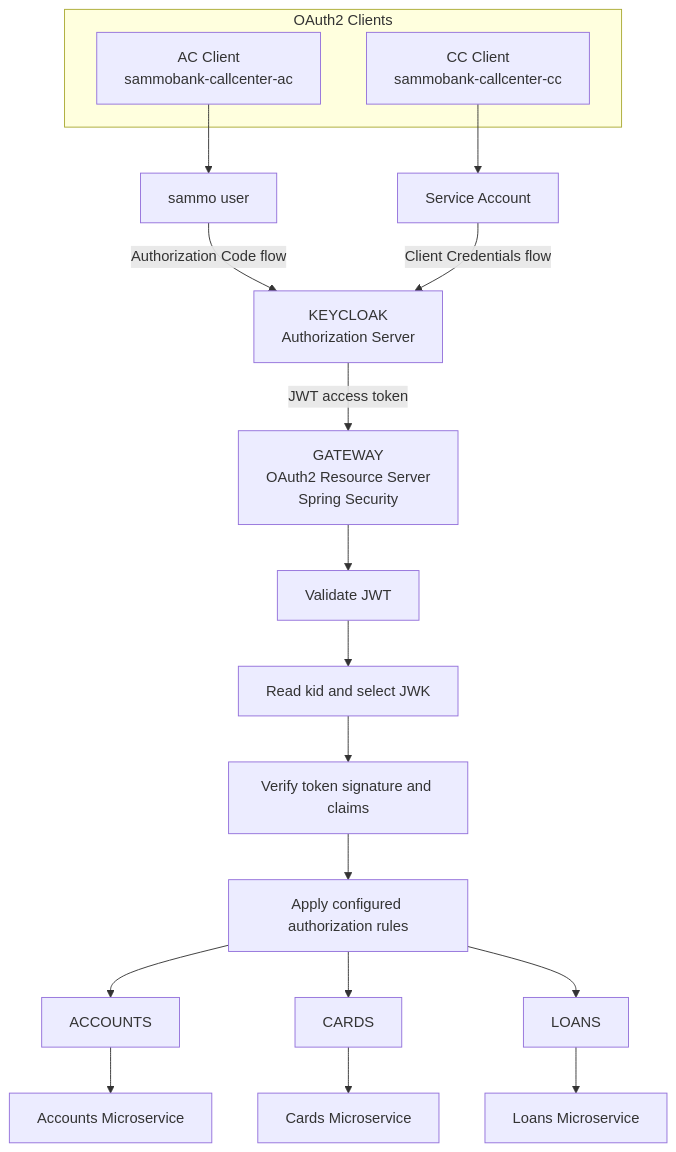
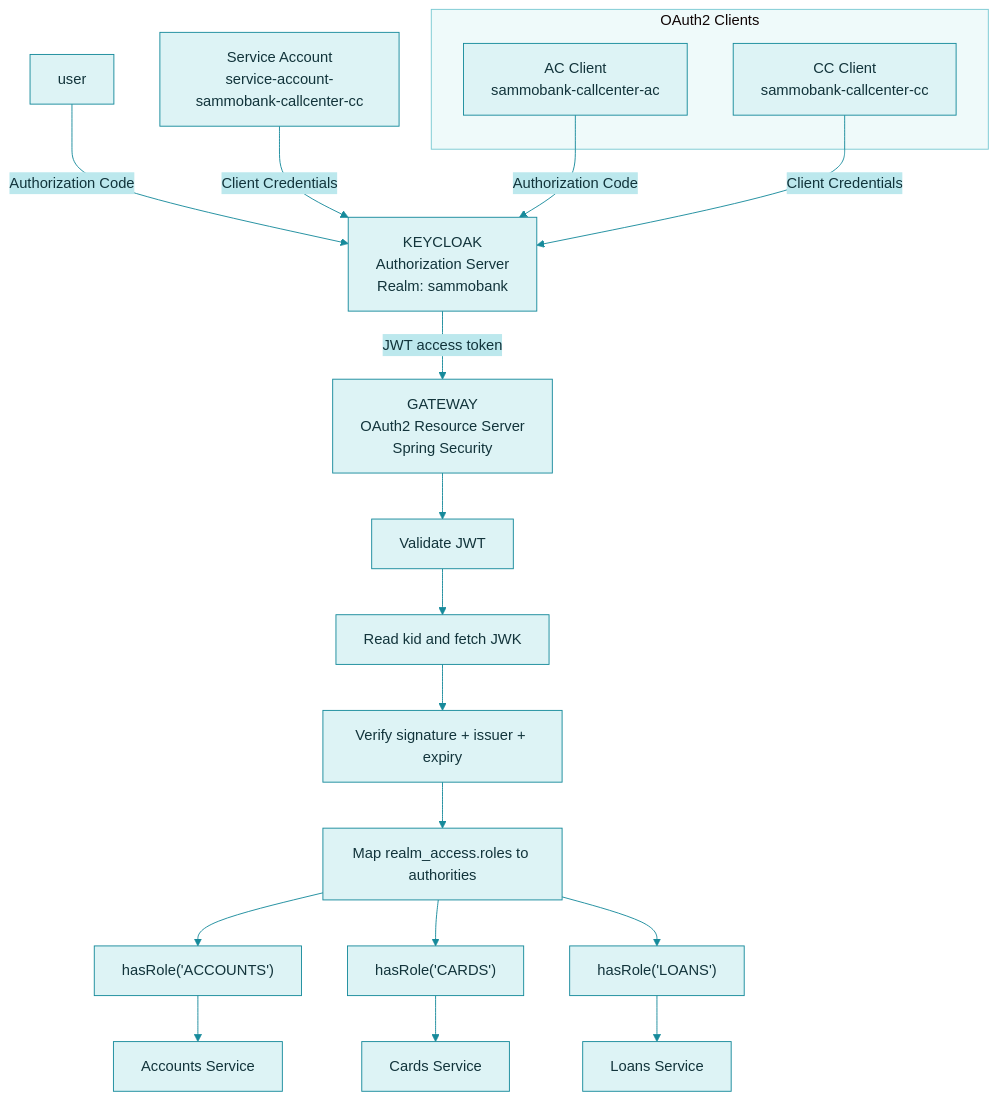
One commit to SoyaChunkz/MICROSERVICES changed the third of 3 diagrams in docs/keycloak-security.md. Above: the diagram before and after it, drawn with Mermaid. The commit also changed other lines of this file and 6 other files, not shown here.

````diff
--- a/docs/keycloak-security.md
+++ b/docs/keycloak-security.md
@@ -170,35 +239,47 @@
 ```mermaid
+%%{init: {
+  'theme': 'base',
+  'themeVariables': {
+    'primaryColor': '#DDF3F5',
+    'primaryTextColor': '#12343B',
+    'primaryBorderColor': '#168A9B',
+    'lineColor': '#168A9B',
+    'secondaryColor': '#BCE8ED',
+    'tertiaryColor': '#EFFAFA',
+    'clusterBkg': '#EFFAFA',
+    'clusterBorder': '#78C9D2',
+    'fontFamily': 'Arial, sans-serif'
+  }
+}}%%
 flowchart TB
-    KC["KEYCLOAK<br/>Authorization Server"]
+    KC["KEYCLOAK<br/>Authorization Server<br/>Realm: sammobank"]
 
     subgraph Clients["OAuth2 Clients"]
         AC["AC Client<br/>sammobank-callcenter-ac"]
         CC["CC Client<br/>sammobank-callcenter-cc"]
     end
 
-    User["sammo user"]
-    SA["Service Account"]
+    User["user"]
+    SA["Service Account<br/>service-account-sammobank-callcenter-cc"]
 
-    AC --> User
-    CC --> SA
-
-    User -->|"Authorization Code flow"| KC
-    SA -->|"Client Credentials flow"| KC
+    User -->|"Authorization Code"| KC
+    SA -->|"Client Credentials"| KC
+    AC -->|"Authorization Code"| KC
+    CC -->|"Client Credentials"| KC
 
     KC -->|"JWT access token"| GW
 
     GW["GATEWAY<br/>OAuth2 Resource Server<br/>Spring Security"]
 
     GW --> V["Validate JWT"]
-    V --> K["Read kid and select JWK"]
-    K --> P["Verify token signature and claims"]
-    P --> R["Apply configured authorization rules"]
+    V --> J["Read kid and fetch JWK"]
+    J --> S["Verify signature + issuer + expiry"]
+    S --> R["Map realm_access.roles to authorities"]
+    R --> A["hasRole('ACCOUNTS')"]
+    R --> C["hasRole('CARDS')"]
+    R --> L["hasRole('LOANS')"]
 
-    R --> Accounts["ACCOUNTS"]
-    R --> Cards["CARDS"]
-    R --> Loans["LOANS"]
-
-    Accounts --> AMS["Accounts Microservice"]
-    Cards --> CMS["Cards Microservice"]
-    Loans --> LMS["Loans Microservice"]
+    A --> AMS["Accounts Service"]
+    C --> CMS["Cards Service"]
+    L --> LMS["Loans Service"]
 ```
````
